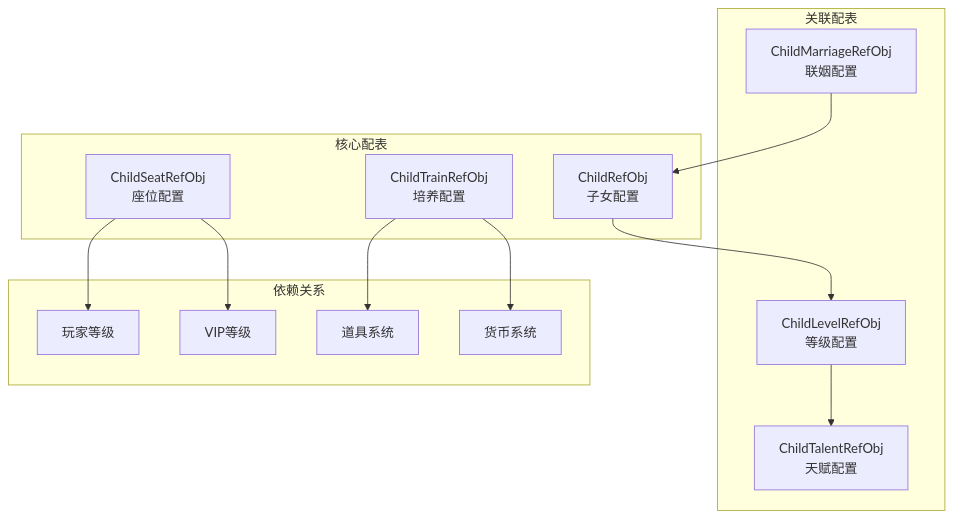
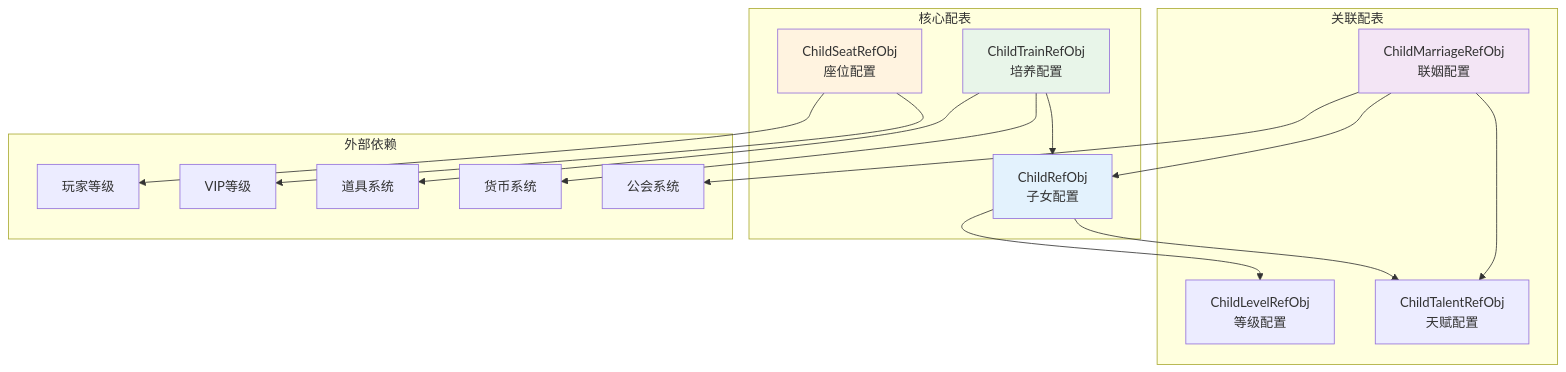
Before and after one commit to Alan-Ben/k2c_game_framework: the third of 15 diagrams in docs/Module_Child/01_数据配表.md, drawn with Mermaid. The commit also changed other lines of this file and 7 other files, not shown here.

````diff
--- a/docs/Module_Child/01_数据配表.md
+++ b/docs/Module_Child/01_数据配表.md
@@ -61,29 +172,38 @@
 ```mermaid
 graph TB
     subgraph 核心配表
         A[ChildRefObj<br/>子女配置]
         B[ChildTrainRefObj<br/>培养配置]
         C[ChildSeatRefObj<br/>座位配置]
     end
 
     subgraph 关联配表
         D[ChildLevelRefObj<br/>等级配置]
         E[ChildTalentRefObj<br/>天赋配置]
         F[ChildMarriageRefObj<br/>联姻配置]
     end
 
-    subgraph 依赖关系
+    subgraph 外部依赖
         G[玩家等级]
         H[VIP等级]
         I[道具系统]
         J[货币系统]
+        K[公会系统]
     end
 
     A --> D
+    A --> E
     B --> I
     B --> J
+    B --> A
     C --> G
     C --> H
     F --> A
-    D --> E
+    F --> E
+    F --> K
+
+    style A fill:#e3f2fd
+    style B fill:#e8f5e9
+    style C fill:#fff3e0
+    style F fill:#f3e5f5
 ```
````
